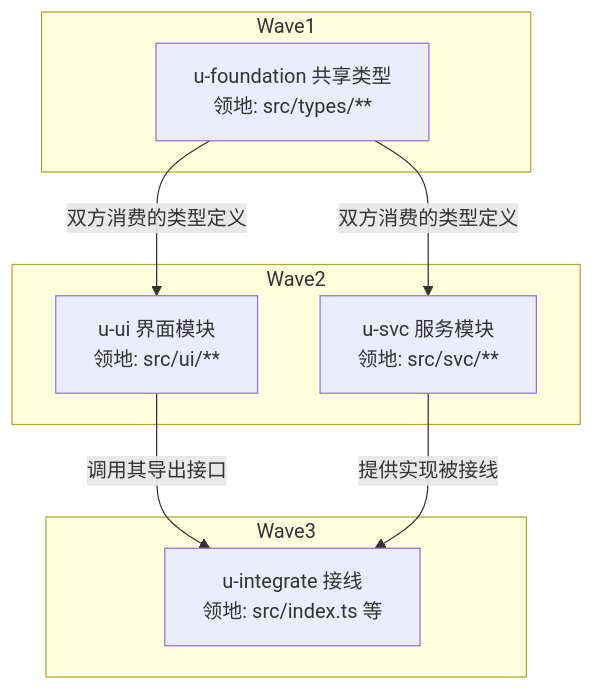
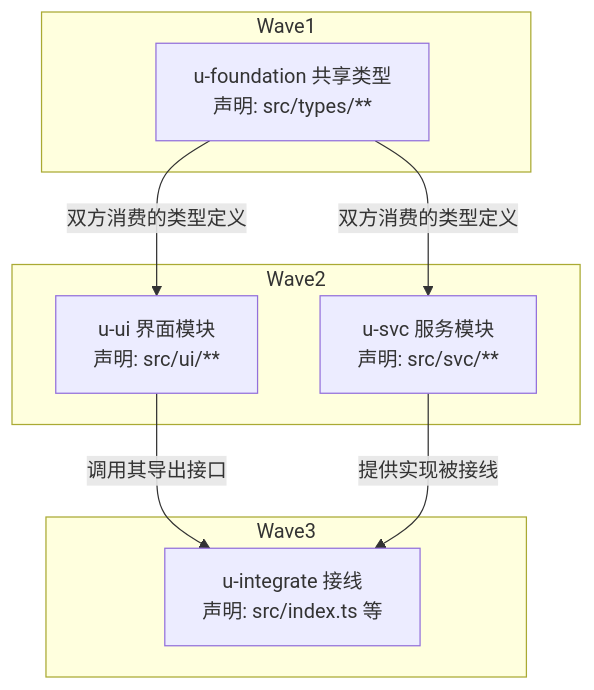
The diagram in skills/self/dev-workflow/dev-flow-wf/references/dag-authoring.md (zhushanwen321/zsw-skills), drawn with Mermaid before and after one commit. The commit also changed other lines of this file and 15 other files, not shown here.

````diff
--- a/skills/self/dev-workflow/dev-flow-wf/references/dag-authoring.md
+++ b/skills/self/dev-workflow/dev-flow-wf/references/dag-authoring.md
@@ -57,17 +57,17 @@
 ```mermaid
 graph TD
   subgraph W1[Wave1]
-    U0["u-foundation 共享类型<br/>领地: src/types/**"]
+    U0["u-foundation 共享类型<br/>声明: src/types/**"]
   end
   subgraph W2[Wave2]
-    U1["u-ui 界面模块<br/>领地: src/ui/**"]
-    U2["u-svc 服务模块<br/>领地: src/svc/**"]
+    U1["u-ui 界面模块<br/>声明: src/ui/**"]
+    U2["u-svc 服务模块<br/>声明: src/svc/**"]
   end
   subgraph W3[Wave3]
-    U3["u-integrate 接线<br/>领地: src/index.ts 等"]
+    U3["u-integrate 接线<br/>声明: src/index.ts 等"]
   end
   U0 -->|"双方消费的类型定义"| U1
   U0 -->|"双方消费的类型定义"| U2
   U1 -->|"调用其导出接口"| U3
   U2 -->|"提供实现被接线"| U3
 ```
````
